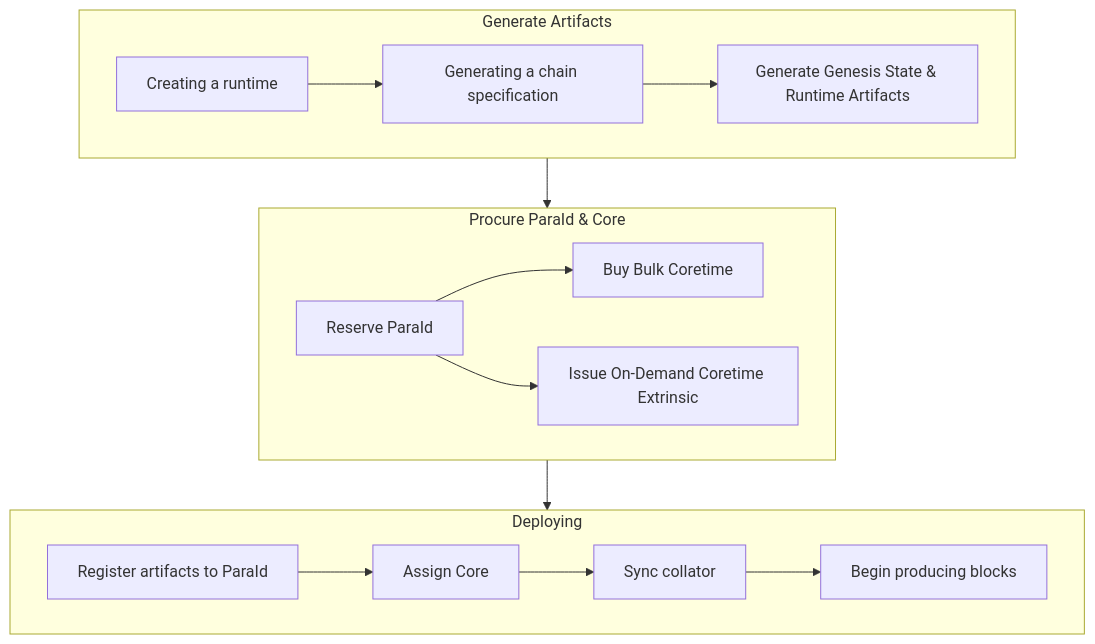
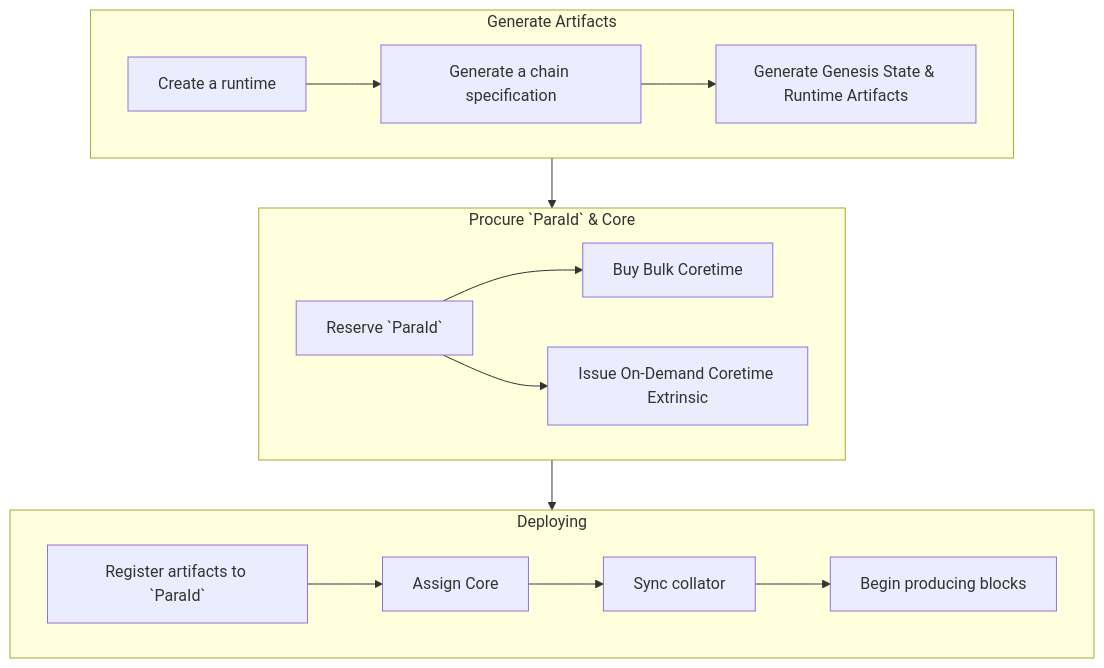
Before and after one commit to polkadot-developers/polkadot-docs: the diagram in develop/parachain-devs/get-started/polkadot-sdk/get-started-psdk.md, drawn with Mermaid. The commit also changed other lines of this file and 1 other file, not shown here.

````diff
--- a/develop/parachain-devs/get-started/polkadot-sdk/get-started-psdk.md
+++ b/develop/parachain-devs/get-started/polkadot-sdk/get-started-psdk.md
@@ -49,23 +85,23 @@
 ```mermaid
 flowchart TD
     subgraph GA["Generate Artifacts"]
         direction LR
-        A["Creating a runtime"]-->B["Generating a chain specification"]-->C["Generate Genesis State & Runtime Artifacts"]
+        A["Create a runtime"]-->B["Generate a chain specification"]-->C["Generate Genesis State & Runtime Artifacts"]
     end
 
-    subgraph PC["Procure ParaId & Core"]
+    subgraph PC["Procure `ParaId` & Core"]
         direction LR
-        PARAID["Reserve ParaId"]
+        PARAID["Reserve `ParaId`"]
         PARAID-->D["Buy Bulk Coretime"]
         PARAID-->E["Issue On-Demand Coretime Extrinsic"]
     end
 
 
     subgraph DEP["Deploying"]
         direction LR
-        F["Register artifacts to ParaId"]-->assign["Assign Core"]-->G["Sync collator"]-->H["Begin producing blocks"]
+        F["Register artifacts to `ParaId`"]-->assign["Assign Core"]-->G["Sync collator"]-->H["Begin producing blocks"]
     end
 
 GA-->PC
 PC-->DEP
 ```
````
